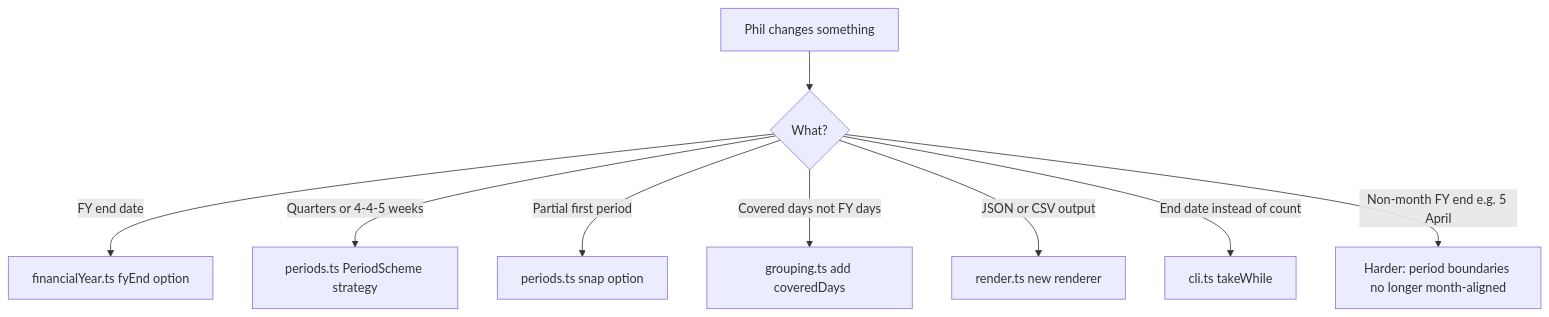
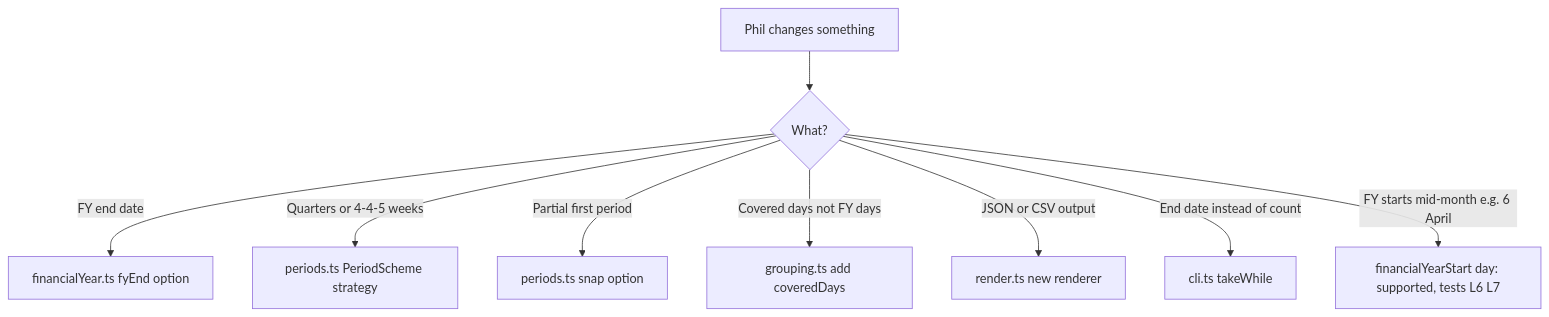
The diagram in decisions.md (Ironstone/accounting-periods), drawn with Mermaid before and after one commit. The commit also changed other lines of this file and 4 other files, not shown here.

First line of the commit message:
Docs sweep: final status, timeline, verification evidence, pivots

````diff
--- a/decisions.md
+++ b/decisions.md
@@ -38,11 +38,11 @@
 ```mermaid
 flowchart TD
   P[Phil changes something] --> Q{What?}
   Q -->|FY end date| A[financialYear.ts fyEnd option]
   Q -->|Quarters or 4-4-5 weeks| B[periods.ts PeriodScheme strategy]
   Q -->|Partial first period| C[periods.ts snap option]
   Q -->|Covered days not FY days| D[grouping.ts add coveredDays]
   Q -->|JSON or CSV output| E[render.ts new renderer]
   Q -->|End date instead of count| F[cli.ts takeWhile]
-  Q -->|Non-month FY end e.g. 5 April| G[Harder: period boundaries no longer month-aligned]
+  Q -->|FY starts mid-month e.g. 6 April| G[financialYearStart day: supported, tests L6 L7]
 ```
````
